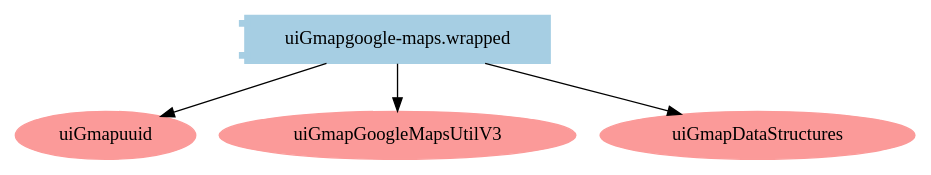
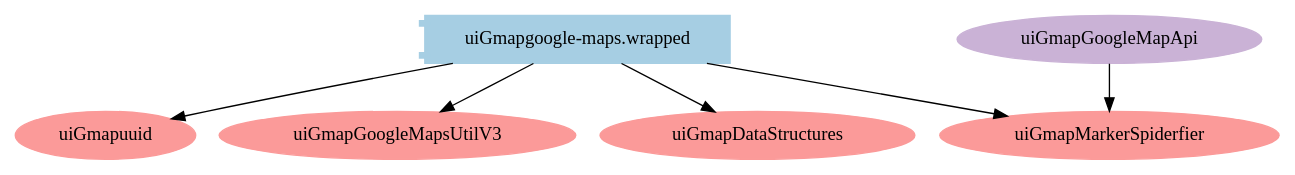
The diagram in www/lib/angular-google-maps/dist/architecture/dot/modules/uiGmapgoogle-maps.wrapped.dot (earlvanze/freebyk_mobile), drawn with Graphviz before and after one commit. The commit also changed 36 other files, not shown here.

Commit message:
added support for angular google maps

```diff
--- a/www/lib/angular-google-maps/dist/architecture/dot/modules/uiGmapgoogle-maps.wrapped.dot
+++ b/www/lib/angular-google-maps/dist/architecture/dot/modules/uiGmapgoogle-maps.wrapped.dot
@@ -1,64 +1,72 @@
 digraph dependencies {
   node[shape="component",style="filled",colorscheme=paired12]
 
 
     node[shape="component"]
     "uiGmapgoogle-maps.wrapped"[label="uiGmapgoogle-maps.wrapped", color=1]
 
     
 
 
     node[shape="ellipse"]
     
 
 
     
 
     
       "uiGmapuuid"[label="uiGmapuuid", color=5]
       "uiGmapgoogle-maps.wrapped" -> "uiGmapuuid"
     
       "uiGmapGoogleMapsUtilV3"[label="uiGmapGoogleMapsUtilV3", color=5]
       "uiGmapgoogle-maps.wrapped" -> "uiGmapGoogleMapsUtilV3"
     
       "uiGmapDataStructures"[label="uiGmapDataStructures", color=5]
       "uiGmapgoogle-maps.wrapped" -> "uiGmapDataStructures"
+    
+      "uiGmapMarkerSpiderfier"[label="uiGmapMarkerSpiderfier", color=5]
+      "uiGmapgoogle-maps.wrapped" -> "uiGmapMarkerSpiderfier"
     
 
     
 
     node[shape="cds"]
     
 
     
 
 
 
 
 
 
 
 
 
     node[shape="ellipse",style="filled", color=9]
     
 
     
 
 
     
 
     
       
     
       
     
       
     
+      
+        "uiGmapGoogleMapApi"[label="uiGmapGoogleMapApi"]
+        "uiGmapGoogleMapApi" -> "uiGmapMarkerSpiderfier"
+      
+    
 
     
 
     
 
 
 }
```
